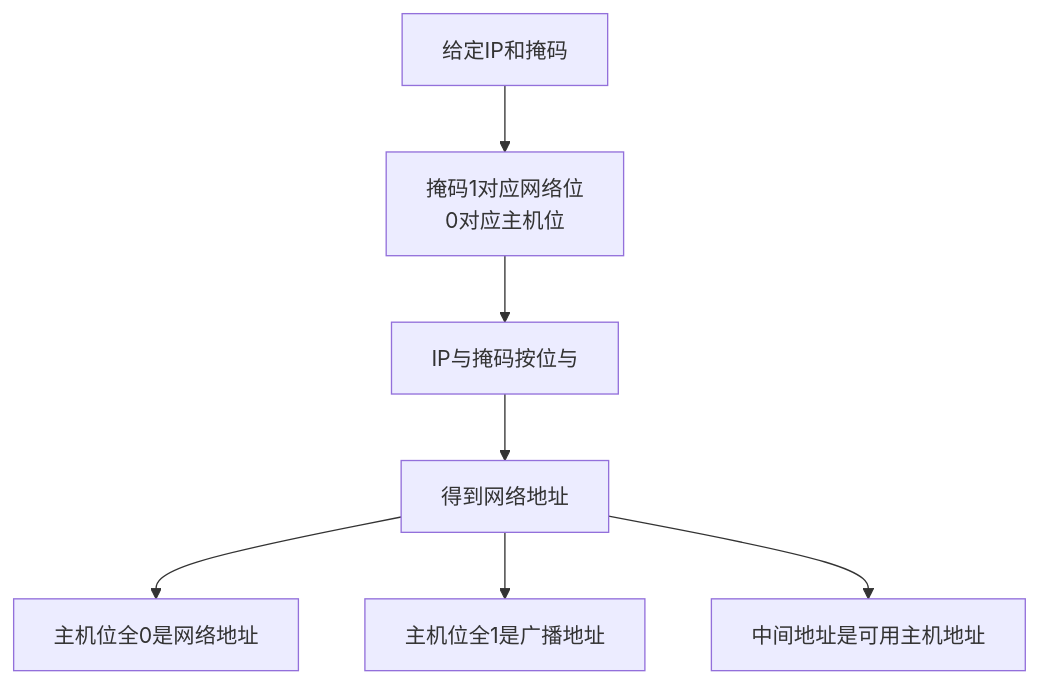
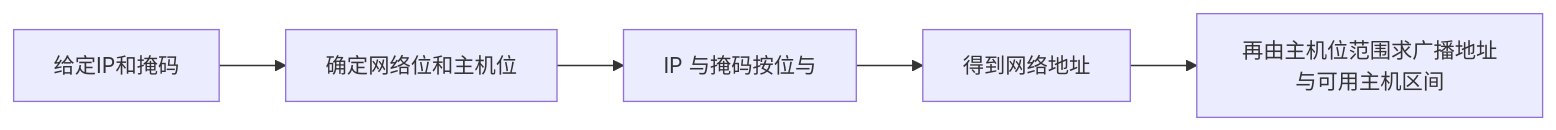
One commit to 74262195/system-architect-notes changed the diagram in 01_综合知识/01_计算机基础知识/03_计算机网络/IP编址与子网划分.md. Above: the diagram before and after it, drawn with Mermaid. The commit also changed other lines of this file, not shown here.

Commit message:
docs: simplify subnet calculation flow

````diff
--- a/01_综合知识/01_计算机基础知识/03_计算机网络/IP编址与子网划分.md
+++ b/01_综合知识/01_计算机基础知识/03_计算机网络/IP编址与子网划分.md
@@ -92,9 +92,7 @@
 ```mermaid
-flowchart TD
-  A[给定IP和掩码] --> B[掩码1对应网络位<br/>0对应主机位]
-  B --> C[IP与掩码按位与]
+flowchart LR
+  A[给定IP和掩码] --> B[确定网络位和主机位]
+  B --> C[IP 与掩码按位与]
   C --> D[得到网络地址]
-  D --> E[主机位全0是网络地址]
-  D --> F[主机位全1是广播地址]
-  D --> G[中间地址是可用主机地址]
+  D --> E[再由主机位范围求广播地址与可用主机区间]
 ```
````
